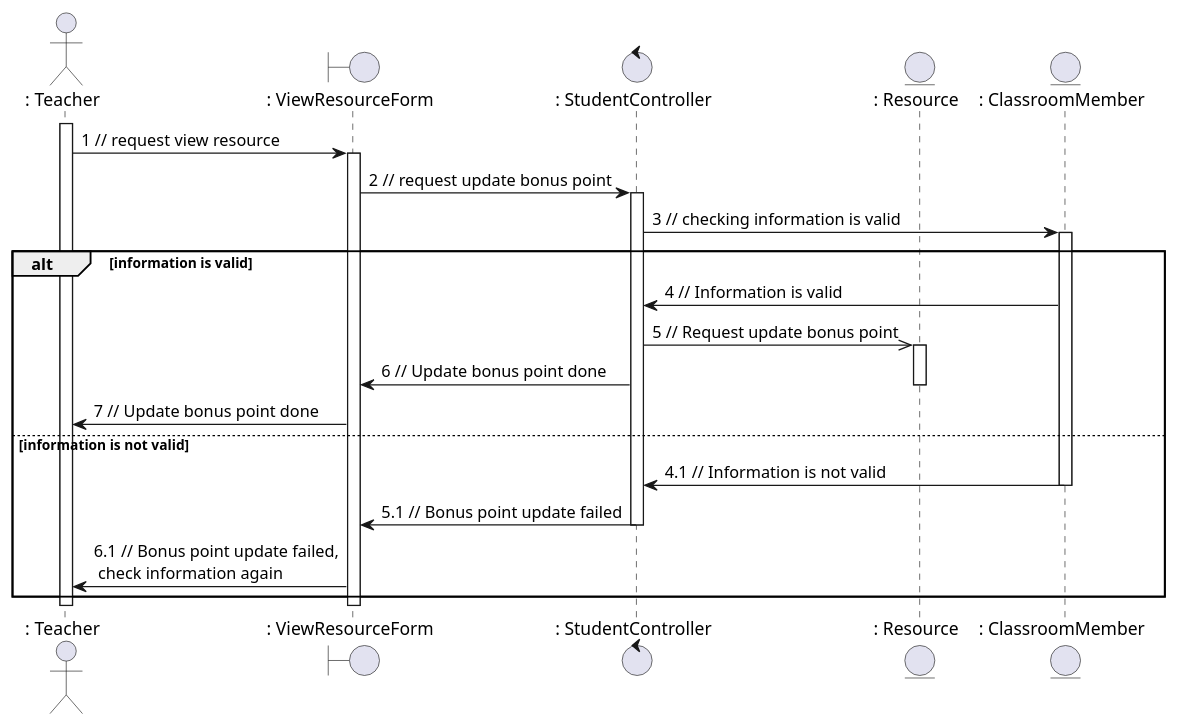
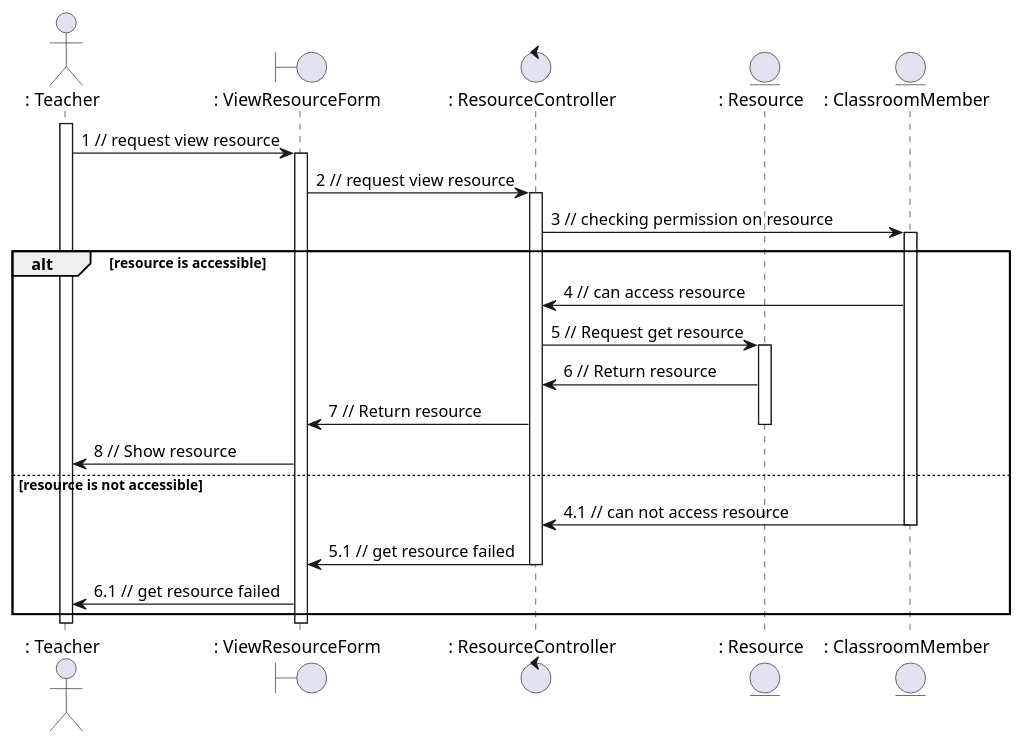
One commit to anonyhostvn/OOAD-Diagram changed the diagram in sequence - analaysis/resource/viewResource.plantuml. Above: the diagram before and after it, drawn with PlantUML. The commit also changed 2 other files, not shown here.

Commit message:
done resource - sequence / analaysis

```diff
--- a/sequence - analaysis/resource/viewResource.plantuml
+++ b/sequence - analaysis/resource/viewResource.plantuml
@@ -1,36 +1,37 @@
-@startuml updateBonusPoint
+@startuml viewResource
 
 actor ": Teacher"
 boundary ": ViewResourceForm"
-control ": StudentController"
+control ": ResourceController"
 entity ": Resource"
 entity ": ClassroomMember"
 
 activate ": Teacher"
 
 ": Teacher" -> ": ViewResourceForm": 1 // request view resource 
 activate ": ViewResourceForm"
-": ViewResourceForm" -> ": StudentController": 2 // request update bonus point
-activate ": StudentController"
-": StudentController" -> ": ClassroomMember": 3 // checking information is valid
+": ViewResourceForm" -> ": ResourceController": 2 // request view resource
+activate ": ResourceController"
+": ResourceController" -> ": ClassroomMember": 3 // checking permission on resource
 activate ": ClassroomMember"
-alt information is valid
-    ": ClassroomMember" -> ": StudentController": 4 // Information is valid
-    ": StudentController" ->> ": Resource": 5 // Request update bonus point
+alt resource is accessible
+    ": ClassroomMember" -> ": ResourceController": 4 // can access resource
+    ": ResourceController" -> ": Resource": 5 // Request get resource
     activate ": Resource"
-    ": StudentController" -> ": ViewResourceForm": 6 // Update bonus point done
+    ": Resource" -> ": ResourceController": 6 // Return resource
+    ": ResourceController" -> ": ViewResourceForm": 7 // Return resource
     deactivate ": Resource"
-    ": ViewResourceForm" -> ": Teacher": 7 // Update bonus point done
-else information is not valid
-    ": ClassroomMember" -> ": StudentController": 4.1 // Information is not valid
+    ": ViewResourceForm" -> ": Teacher": 8 // Show resource
+else resource is not accessible
+    ": ClassroomMember" -> ": ResourceController": 4.1 // can not access resource
     deactivate ": ClassroomMember"
-    ": StudentController" -> ": ViewResourceForm": 5.1 // Bonus point update failed
-    deactivate ": StudentController"
-    ": ViewResourceForm" -> ": Teacher": 6.1 // Bonus point update failed,\n check information again
+    ": ResourceController" -> ": ViewResourceForm": 5.1 // get resource failed
+    deactivate ": ResourceController"
+    ": ViewResourceForm" -> ": Teacher": 6.1 // get resource failed
 end
 
 deactivate ": Teacher"
 deactivate ": ViewResourceForm"
 
 
 @enduml
```
